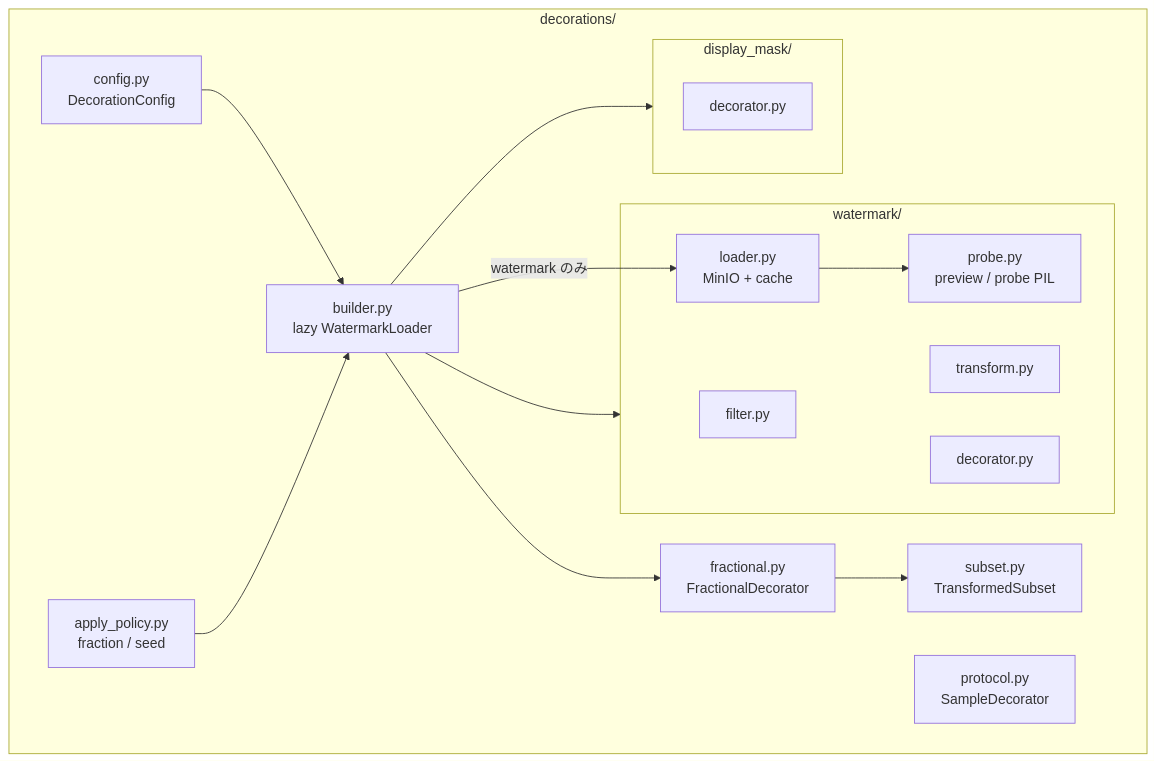
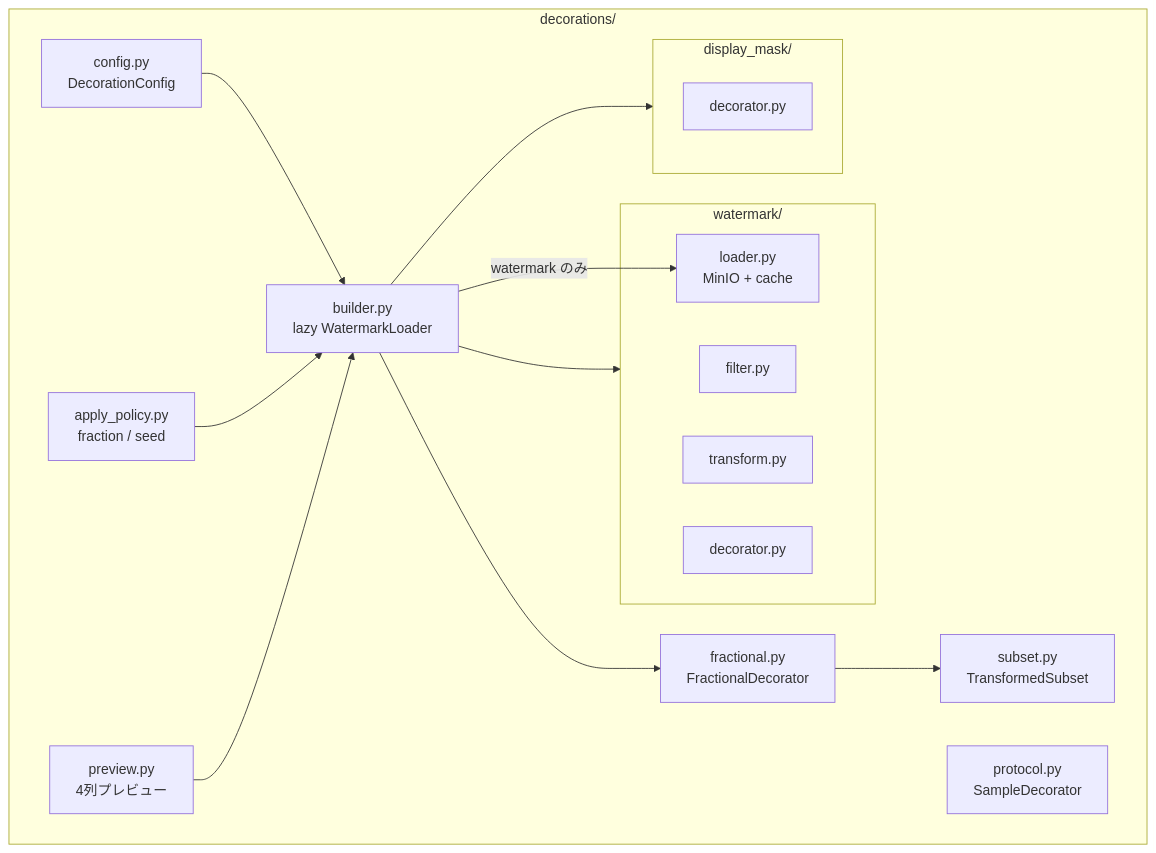
Before and after one commit to GoldenPoisonedApple/MIAOS: the eighth of 13 diagrams in worker/docs/SPECIFICATION.md, drawn with Mermaid. The commit also changed other lines of this file and 12 other files, not shown here.

````diff
--- a/worker/docs/SPECIFICATION.md
+++ b/worker/docs/SPECIFICATION.md
@@ -211,29 +201,29 @@
 ```mermaid
 flowchart TB
     subgraph decorations [decorations/]
         protocol["protocol.py<br/>SampleDecorator"]
         config["config.py<br/>DecorationConfig"]
         apply["apply_policy.py<br/>fraction / seed"]
         fractional["fractional.py<br/>FractionalDecorator"]
         builder["builder.py<br/>lazy WatermarkLoader"]
         subset["subset.py<br/>TransformedSubset"]
+        preview["preview.py<br/>4列プレビュー"]
         subgraph wm [watermark/]
             filter["filter.py"]
             transform["transform.py"]
             loader["loader.py<br/>MinIO + cache"]
             wdec["decorator.py"]
-            probe["probe.py<br/>preview / probe PIL"]
         end
         subgraph dm [display_mask/]
             ddec["decorator.py"]
         end
     end
     config --> builder
     apply --> builder
     builder -->|"watermark のみ"| loader
     builder --> fractional
     builder --> wm
     builder --> dm
-    loader --> probe
+    preview --> builder
     fractional --> subset
 ```
````
